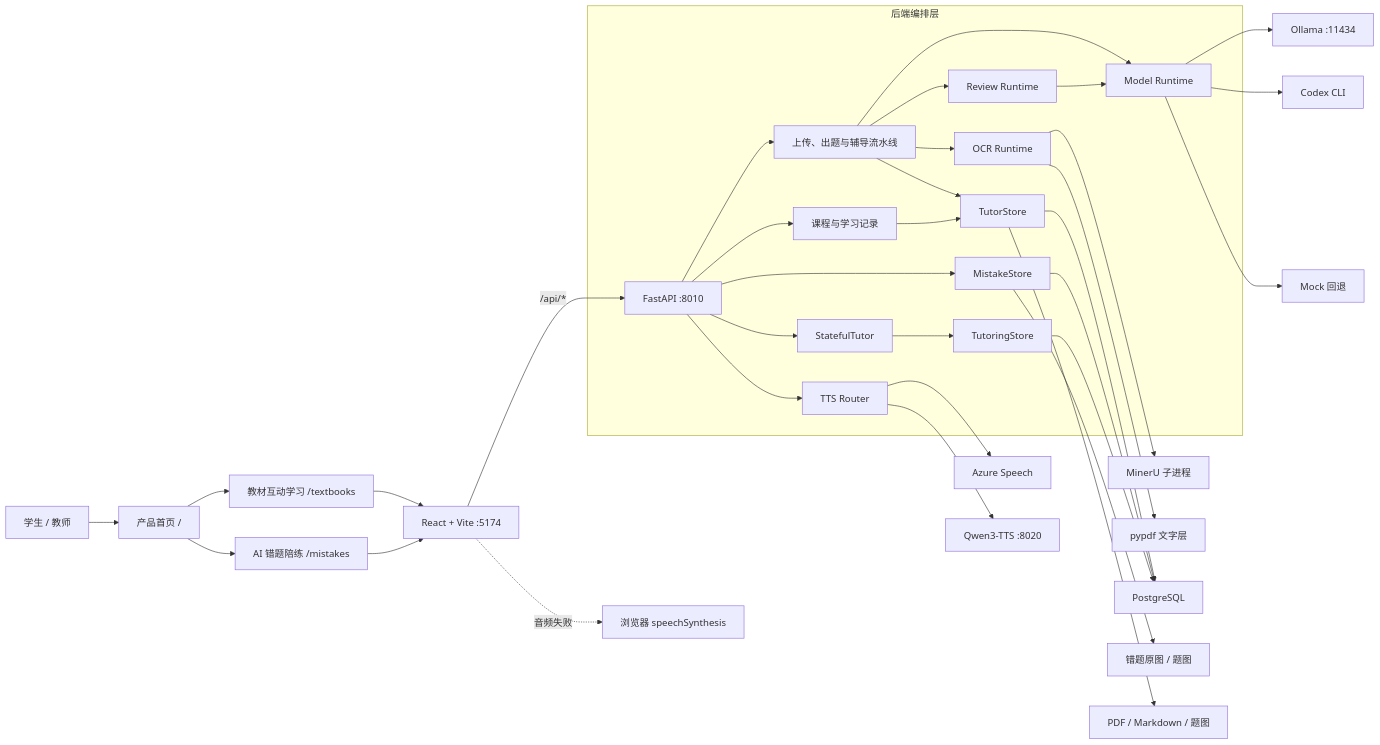
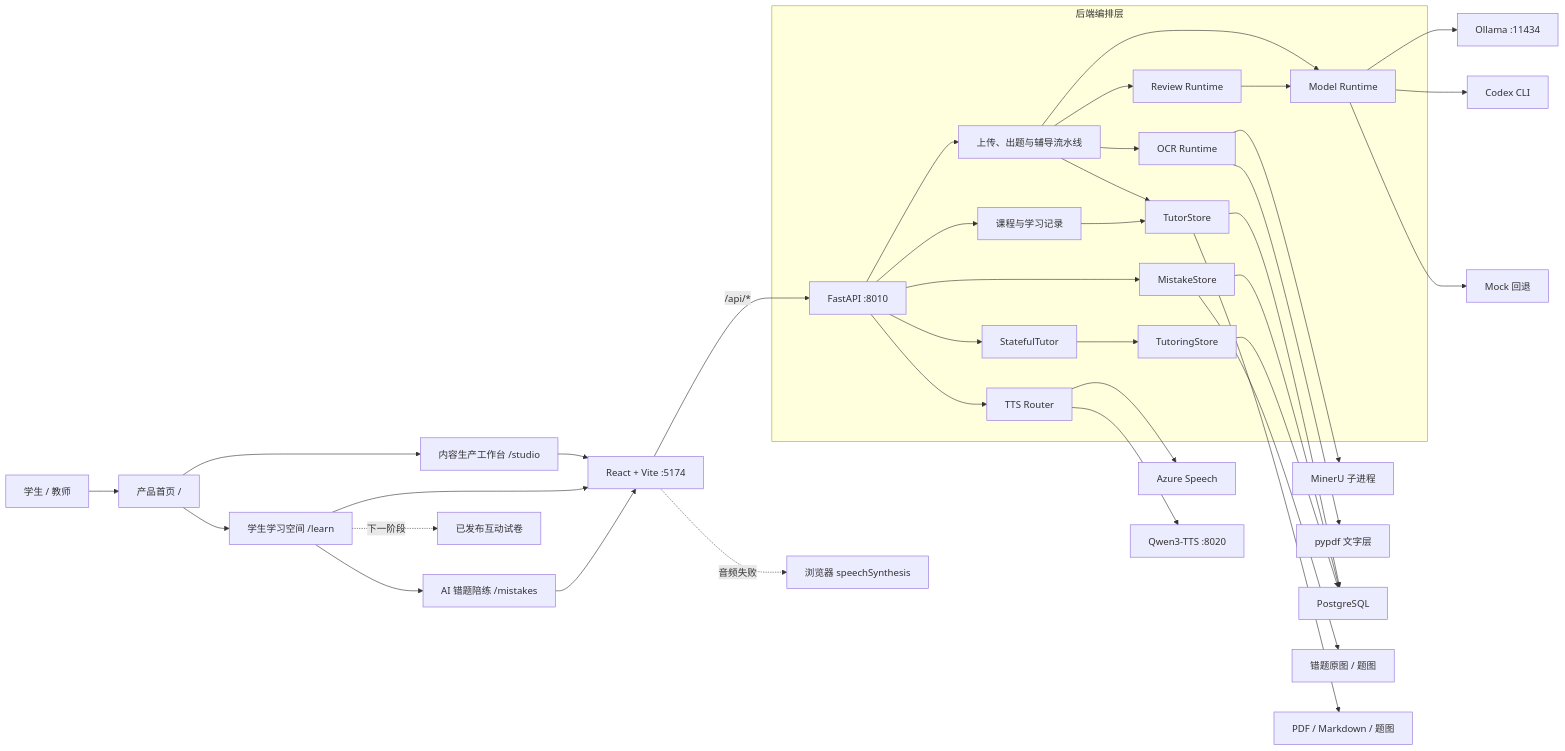
The first of 4 diagrams in docs/architecture.md (ningkaikok/dotty-tutor), drawn with Mermaid before and after one commit. The commit also changed other lines of this file and 18 other files, not shown here.

````diff
--- a/docs/architecture.md
+++ b/docs/architecture.md
@@ -11,38 +12,41 @@
 ```mermaid
 flowchart LR
   User["学生 / 教师"] --> Home["产品首页 /"]
-  Home --> Textbooks["教材互动学习 /textbooks"]
-  Home --> Mistakes["AI 错题陪练 /mistakes"]
-  Textbooks --> Web["React + Vite :5174"]
+  Home --> Student["学生学习空间 /learn"]
+  Home --> Studio["内容生产工作台 /studio"]
+  Student --> Mistakes["AI 错题陪练 /mistakes"]
+  Student -. "下一阶段" .-> Papers["已发布互动试卷"]
+  Studio --> Web["React + Vite :5174"]
+  Student --> Web
   Mistakes --> Web
   Web -->|"/api/*"| API["FastAPI :8010"]
 
   subgraph Backend["后端编排层"]
     API --> Pipeline["上传、出题与辅导流水线"]
     API --> Learning["课程与学习记录"]
     Pipeline --> OCR["OCR Runtime"]
     Pipeline --> Model["Model Runtime"]
     Pipeline --> Review["Review Runtime"]
     Pipeline --> Store["TutorStore"]
     Learning --> Store
     API --> TTS["TTS Router"]
     API --> MistakeStore["MistakeStore"]
     API --> Tutor["StatefulTutor"]
     Tutor --> ThreadStore["TutoringStore"]
     Review --> Model
   end
 
   OCR --> MinerU["MinerU 子进程"]
   OCR --> PyPDF["pypdf 文字层"]
   Model --> Ollama["Ollama :11434"]
   Model --> Codex["Codex CLI"]
   Model --> Mock["Mock 回退"]
   Store --> PostgreSQL["PostgreSQL"]
   MistakeStore --> PostgreSQL
   ThreadStore --> PostgreSQL
   MistakeStore --> MistakeFiles["错题原图 / 题图"]
   Store --> Files["PDF / Markdown / 题图"]
   TTS --> Azure["Azure Speech"]
   TTS --> Qwen["Qwen3-TTS :8020"]
   Web -. "音频失败" .-> BrowserTTS["浏览器 speechSynthesis"]
 ```
````
